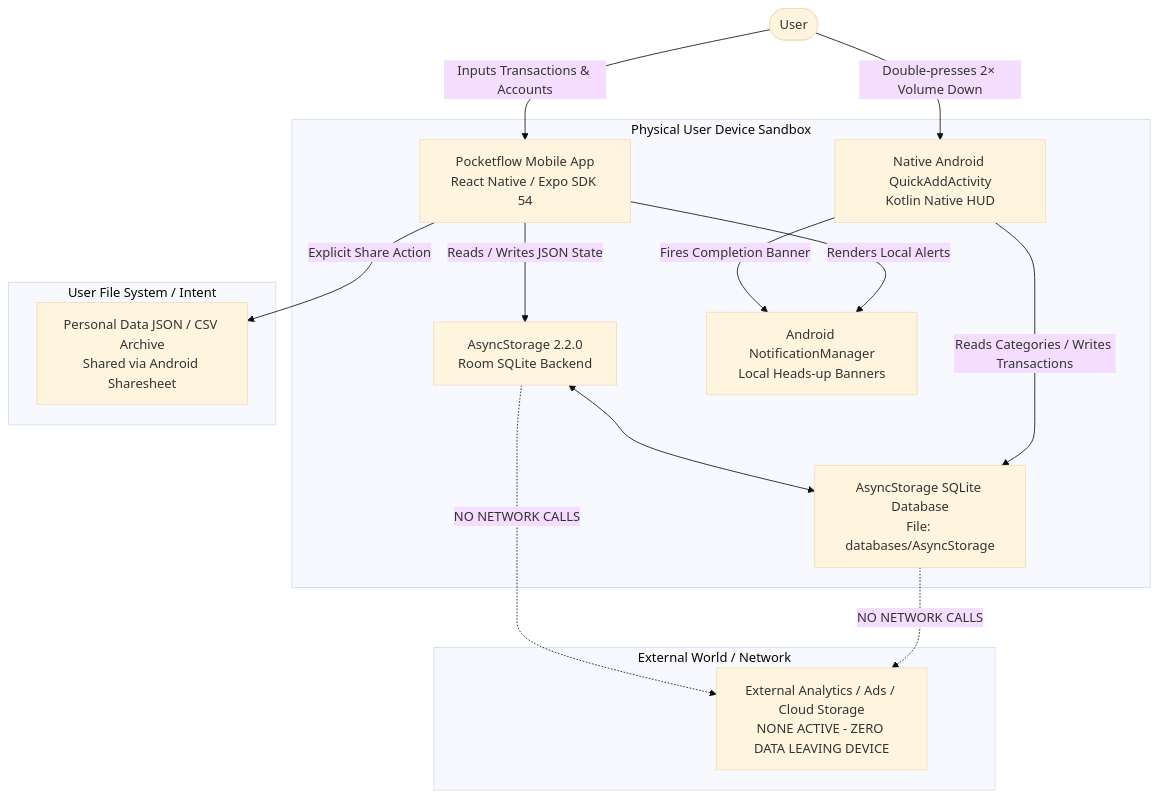
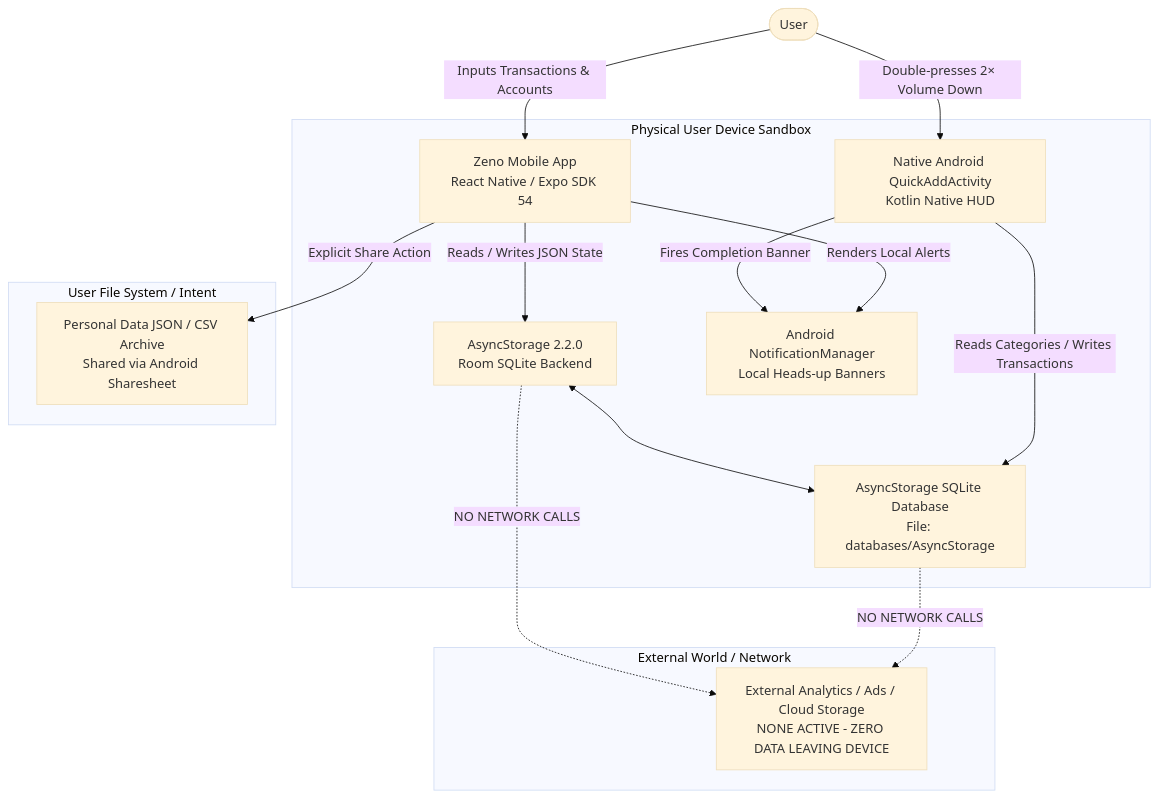
The diagram in docs/privacy/data-flow.md (sahilmulla16/finance-tracker), drawn with Mermaid (base theme) before and after one commit. The commit also changed other lines of this file and 220 other files, not shown here.

Commit message:
feat(mobile): Universal Smart Auto Track, accounts & wallets card refinement, savings goal contrast, and UI polish

````diff
--- a/docs/privacy/data-flow.md
+++ b/docs/privacy/data-flow.md
@@ -11,26 +11,26 @@
 ```mermaid
 flowchart TD
-    User([User]) -->|Inputs Transactions & Accounts| MobileApp[Pocketflow Mobile App\nReact Native / Expo SDK 54]
+    User([User]) -->|Inputs Transactions & Accounts| MobileApp[Zeno Mobile App\nReact Native / Expo SDK 54]
     User -->|Double-presses 2× Volume Down| QuickAdd[Native Android QuickAddActivity\nKotlin Native HUD]
     
     subgraph DeviceSandbox [Physical User Device Sandbox]
         MobileApp -->|Reads / Writes JSON State| AsyncStorage[AsyncStorage 2.2.0\nRoom SQLite Backend]
         QuickAdd -->|Reads Categories / Writes Transactions| LocalSQLite[AsyncStorage SQLite Database\nFile: databases/AsyncStorage]
         
         AsyncStorage <--> LocalSQLite
         
         MobileApp -->|Renders Local Alerts| NotifManager[Android NotificationManager\nLocal Heads-up Banners]
         QuickAdd -->|Fires Completion Banner| NotifManager
     end
 
     subgraph UserControlledExport [User File System / Intent]
         MobileApp -->|Explicit Share Action| ExportArchive[Personal Data JSON / CSV Archive\nShared via Android Sharesheet]
     end
 
     subgraph ExternalCloud [External World / Network]
         ExternalServers[External Analytics / Ads / Cloud Storage\nNONE ACTIVE - ZERO DATA LEAVING DEVICE]
     end
 
     LocalSQLite -.->|NO NETWORK CALLS| ExternalServers
     AsyncStorage -.->|NO NETWORK CALLS| ExternalServers
 ```
````
